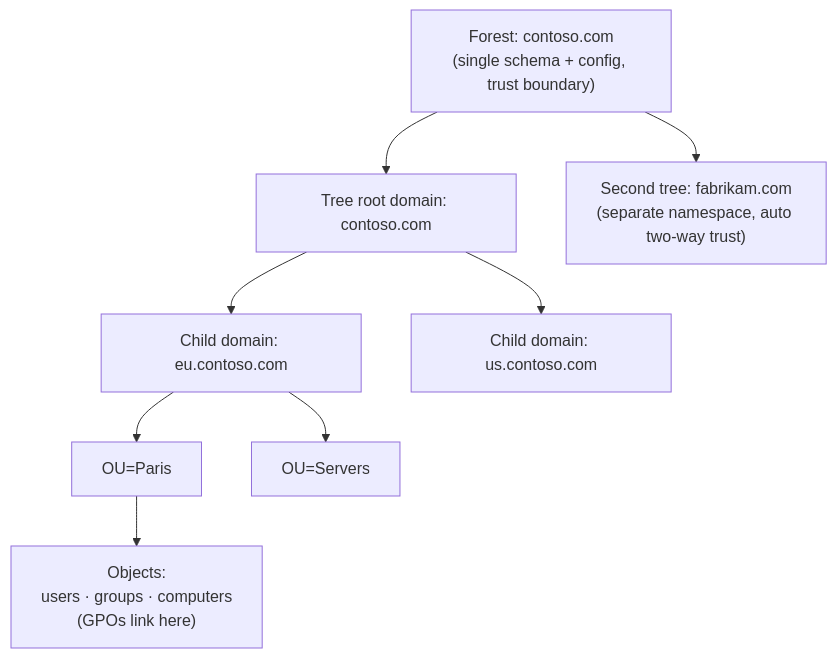
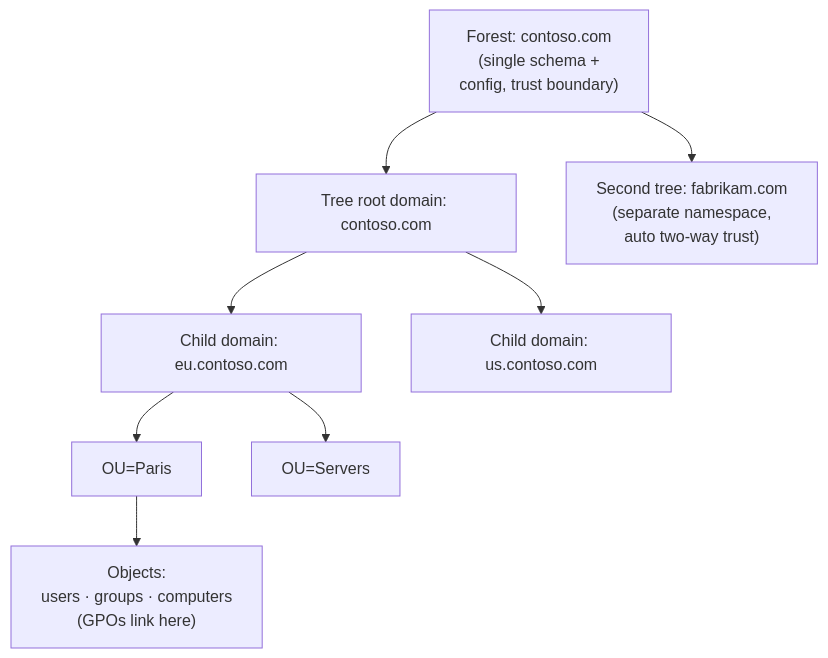
One commit to morandeirachema/WallixCerts changed the first of 3 diagrams in protocols/active-directory.md. Above: the diagram before and after it, drawn with Mermaid. The commit also changed 35 other files, not shown here.

First line of the commit message:
Tidy Mermaid boxes: balanced wrapping at a narrower width (36)

````diff
--- a/protocols/active-directory.md
+++ b/protocols/active-directory.md
@@ -52,11 +52,11 @@
 ```mermaid
 flowchart TD
-    F["Forest: contoso.com<br/>(single schema + config, trust boundary)"]
+    F["Forest: contoso.com<br/>(single schema +<br/>config, trust boundary)"]
     F --> T1["Tree root domain: contoso.com"]
-    F --> T2["Second tree: fabrikam.com<br/>(separate namespace, auto two-way trust)"]
+    F --> T2["Second tree: fabrikam.com<br/>(separate namespace,<br/>auto two-way trust)"]
     T1 --> C1["Child domain: eu.contoso.com"]
     T1 --> C2["Child domain: us.contoso.com"]
     C1 --> OU1["OU=Paris"]
     C1 --> OU2["OU=Servers"]
     OU1 --> Obj["Objects:<br/>users · groups · computers<br/>(GPOs link here)"]
 ```
````
